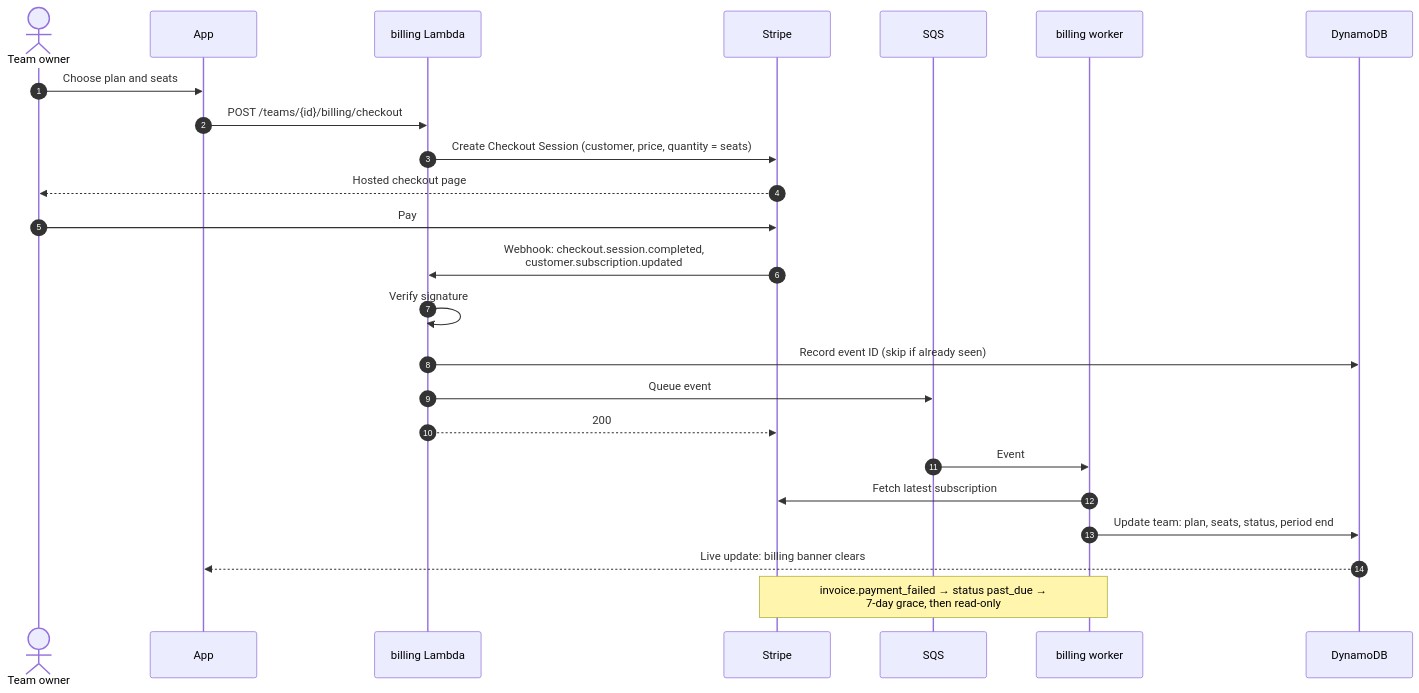
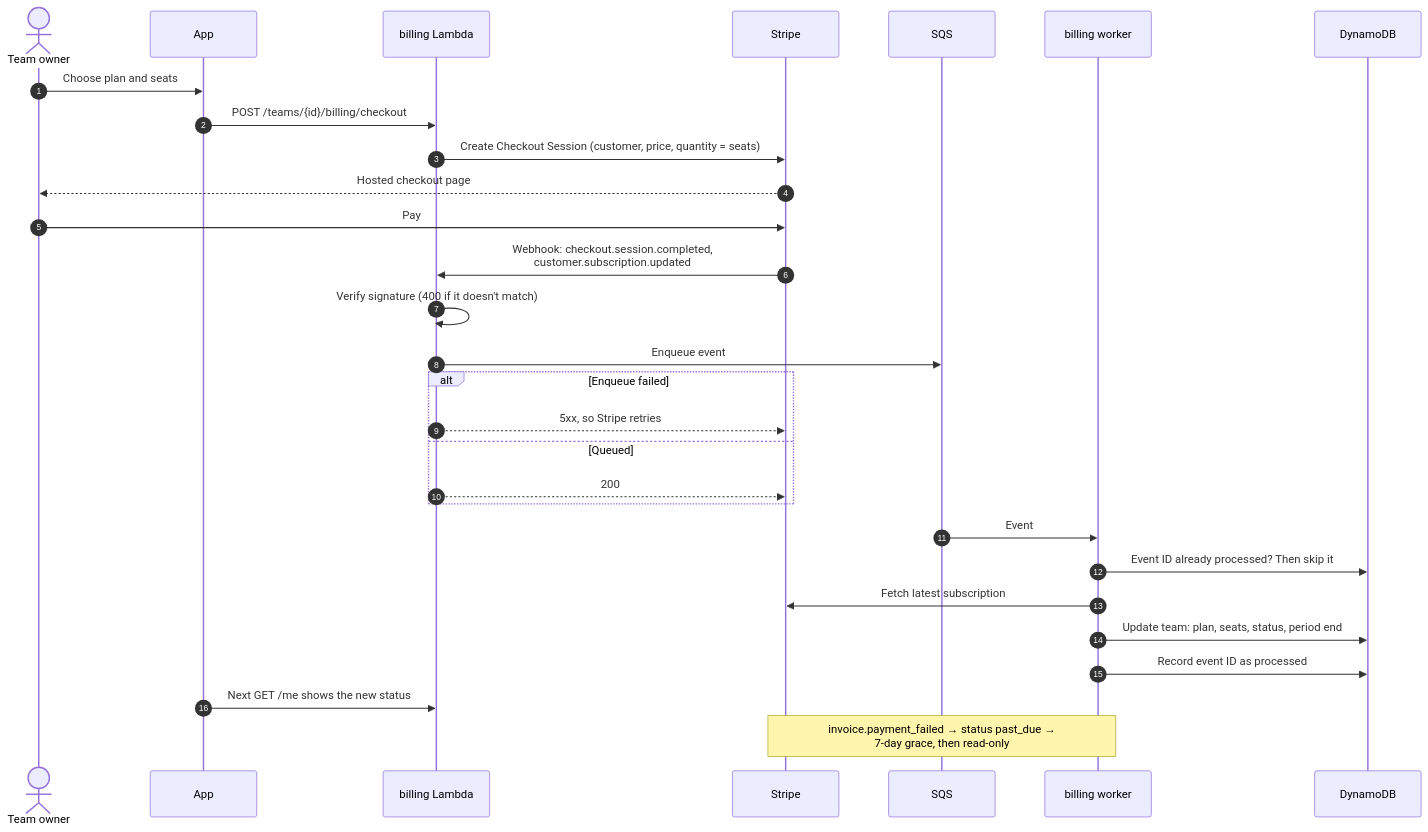
Before and after one commit to davetashner/supply-checkout: the seventh of 12 diagrams in docs/architecture/README.md, drawn with Mermaid. The commit also changed other lines of this file and 1 other file, not shown here.

First line of the commit message:
docs: add transaction and state diagrams and fix the billing flow (#45)

````diff
--- a/docs/architecture/README.md
+++ b/docs/architecture/README.md
@@ -148,27 +268,32 @@
 ```mermaid
 sequenceDiagram
   autonumber
   actor O as Team owner
   participant App
   participant API as billing Lambda
   participant S as Stripe
   participant Q as SQS
   participant W as billing worker
   participant DB as DynamoDB
 
   O->>App: Choose plan and seats
   App->>API: POST /teams/{id}/billing/checkout
   API->>S: Create Checkout Session (customer, price, quantity = seats)
   S-->>O: Hosted checkout page
   O->>S: Pay
   S->>API: Webhook: checkout.session.completed,<br/>customer.subscription.updated
-  API->>API: Verify signature
-  API->>DB: Record event ID (skip if already seen)
-  API->>Q: Queue event
-  API-->>S: 200
+  API->>API: Verify signature (400 if it doesn't match)
+  API->>Q: Enqueue event
+  alt Enqueue failed
+    API-->>S: 5xx, so Stripe retries
+  else Queued
+    API-->>S: 200
+  end
   Q->>W: Event
+  W->>DB: Event ID already processed? Then skip it
   W->>S: Fetch latest subscription
   W->>DB: Update team: plan, seats, status, period end
-  DB-->>App: Live update: billing banner clears
+  W->>DB: Record event ID as processed
+  App->>API: Next GET /me shows the new status
   Note over S,W: invoice.payment_failed → status past_due →<br/>7-day grace, then read-only
 ```
````
